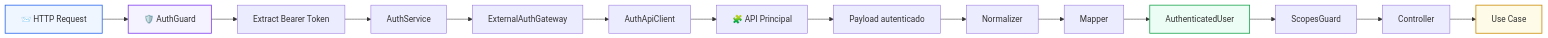
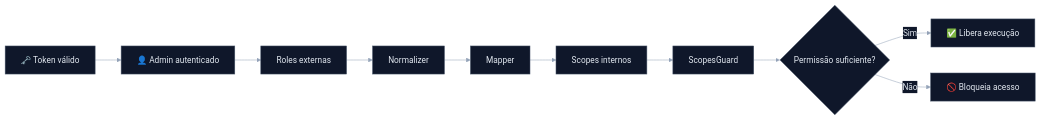
One commit to matheusdiamantino-betalent/IA changed the fifth of 8 diagrams in RFC-0001-Auth.md. Above: the diagram before and after it, drawn with Mermaid. The commit also changed other lines of this file, not shown here.

````diff
--- a/RFC-0001-Auth.md
+++ b/RFC-0001-Auth.md
@@ -539,21 +366,15 @@
 ```mermaid
+%%{init: {'theme':'base','themeVariables': {
+  'primaryColor':'#0f172a','primaryTextColor':'#e2e8f0','primaryBorderColor':'#475569','lineColor':'#94a3b8','secondaryColor':'#111827','tertiaryColor':'#1e293b','background':'#020617','mainBkg':'#0f172a','secondBkg':'#111827','tertiaryBkg':'#1e293b','clusterBkg':'#0b1220','clusterBorder':'#334155','edgeLabelBackground':'#0f172a','fontFamily':'Inter, Segoe UI, Arial'
+}}}%%
 flowchart LR
-    A[📨 HTTP Request] --> B[🛡️ AuthGuard]
-    B --> C[Extract Bearer Token]
-    C --> D[AuthService]
-    D --> E[ExternalAuthGateway]
-    E --> F[AuthApiClient]
-    F --> G[🧩 API Principal]
-    G --> H[Payload autenticado]
-    H --> I[Normalizer]
-    I --> J[Mapper]
-    J --> K[AuthenticatedUser]
-    K --> L[ScopesGuard]
-    L --> M[Controller]
-    M --> N[Use Case]
-
-    style A fill:#eff6ff,stroke:#2563eb,stroke-width:1.5px
-    style B fill:#f5f3ff,stroke:#7c3aed,stroke-width:1.5px
-    style K fill:#ecfdf5,stroke:#16a34a,stroke-width:1.5px
-    style N fill:#fefce8,stroke:#ca8a04,stroke-width:1.5px
+    A[🗝️ Token válido] --> B[👤 Admin autenticado]
+    B --> C[Roles externas]
+    C --> D[Normalizer]
+    D --> E[Mapper]
+    E --> F[Scopes internos]
+    F --> G[ScopesGuard]
+    G --> H{Permissão suficiente?}
+    H -- Sim --> I[✅ Libera execução]
+    H -- Não --> J[🚫 Bloqueia acesso]
 ```
````
